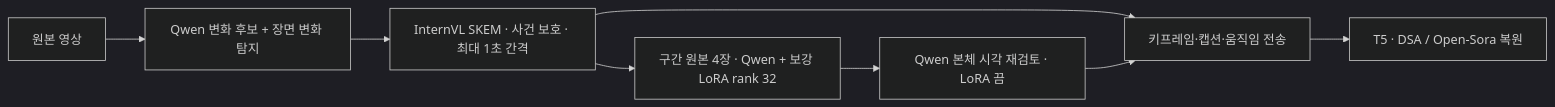
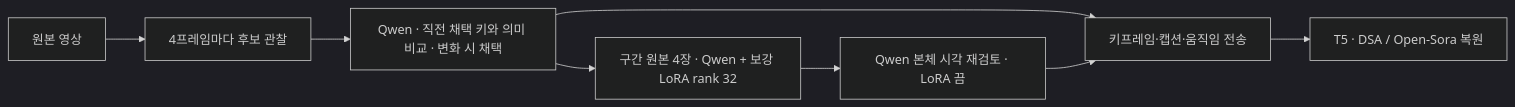
Before and after one commit to SangukBae/semantic_transmission: the diagram in README.md, drawn with Mermaid (dark theme). The commit also changed other lines of this file and 9 other files, not shown here.

````diff
--- a/README.md
+++ b/README.md
@@ -7,10 +11,10 @@
 ```mermaid
 flowchart LR
-    V[원본 영상] --> P[Qwen 변화 후보 + 장면 변화 탐지]
-    P --> S[InternVL SKEM · 사건 보호 · 최대 1초 간격]
+    V[원본 영상] --> P[4프레임마다 후보 관찰]
+    P --> S[Qwen · 직전 채택 키와 의미 비교 · 변화 시 채택]
     S --> C[구간 원본 4장 · Qwen + 보강 LoRA rank 32]
     C --> R[Qwen 본체 시각 재검토 · LoRA 끔]
     S --> T[키프레임·캡션·움직임 전송]
     R --> T
     T --> D[T5 · DSA / Open-Sora 복원]
 ```
````
